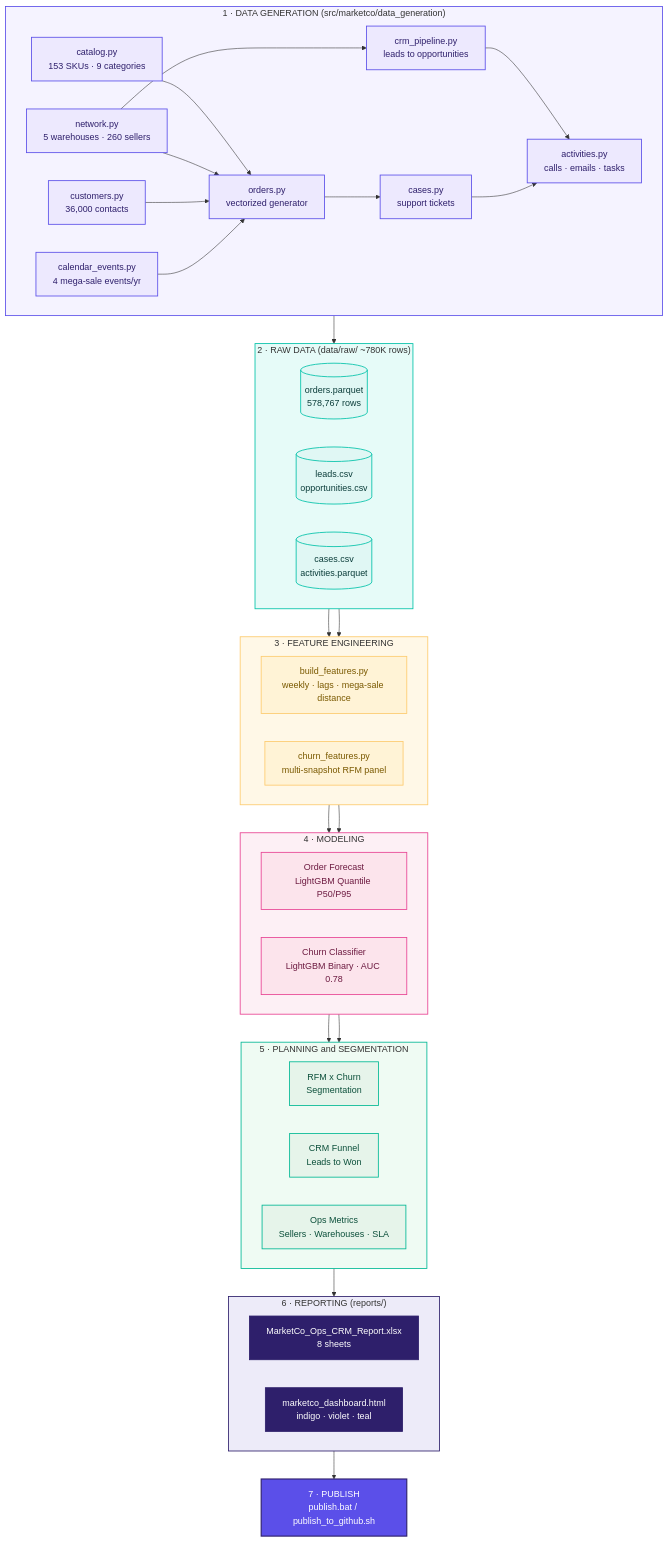
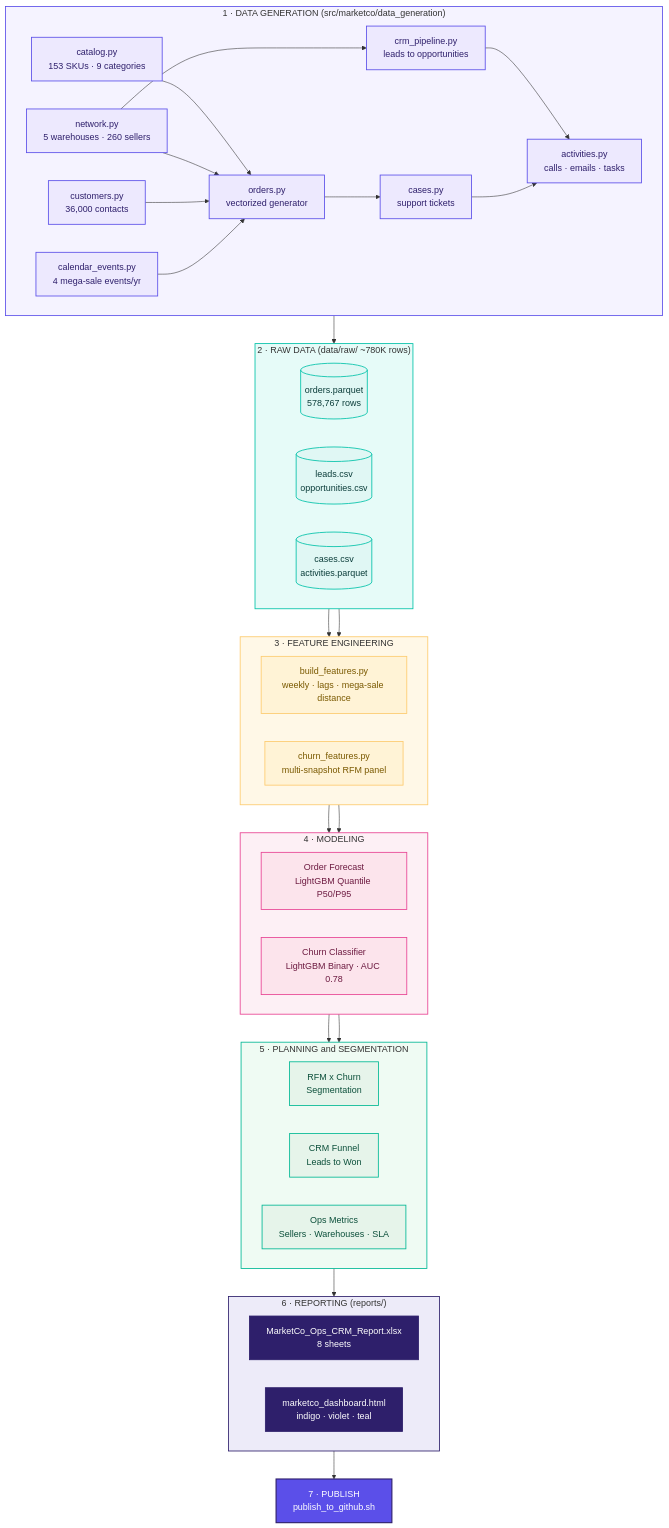
The diagram in README.md (Milad-Shabani/Marketco-marketplace-intelligence), drawn with Mermaid before and after one commit. The commit also changed other lines of this file and 1 other file, not shown here.

First line of the commit message:
Remove publish.bat

```diff
--- a/README.md
+++ b/README.md
@@ -132,7 +132,7 @@
         O2["marketco_dashboard.html<br/>indigo · violet · teal"]
     end
 
-    PUB["7 · PUBLISH<br/>publish.bat / publish_to_github.sh"]
+    PUB["7 · PUBLISH<br/>publish_to_github.sh"]
 
     G --> R
     R --> F1 --> M1
```
